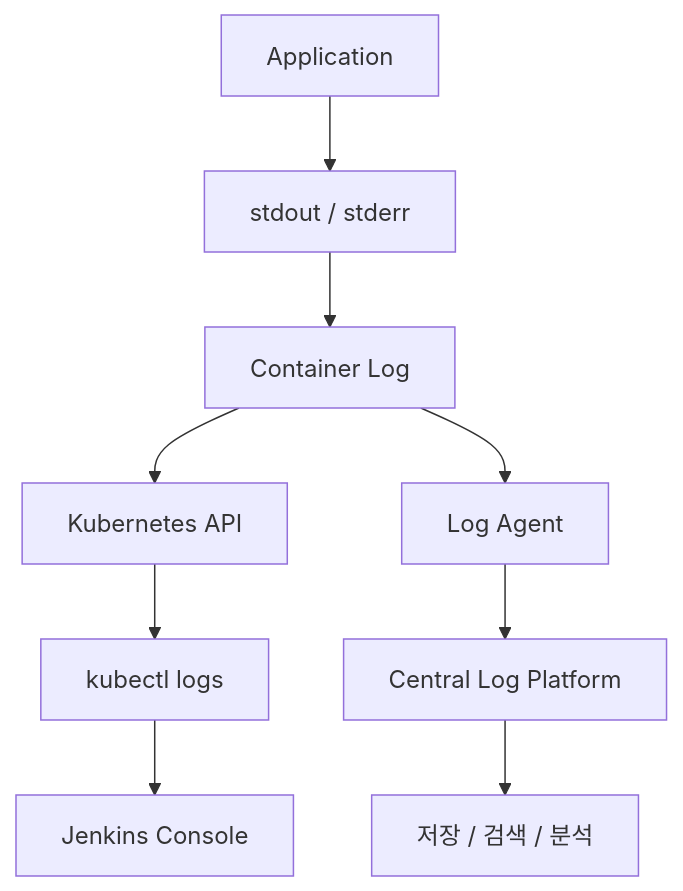
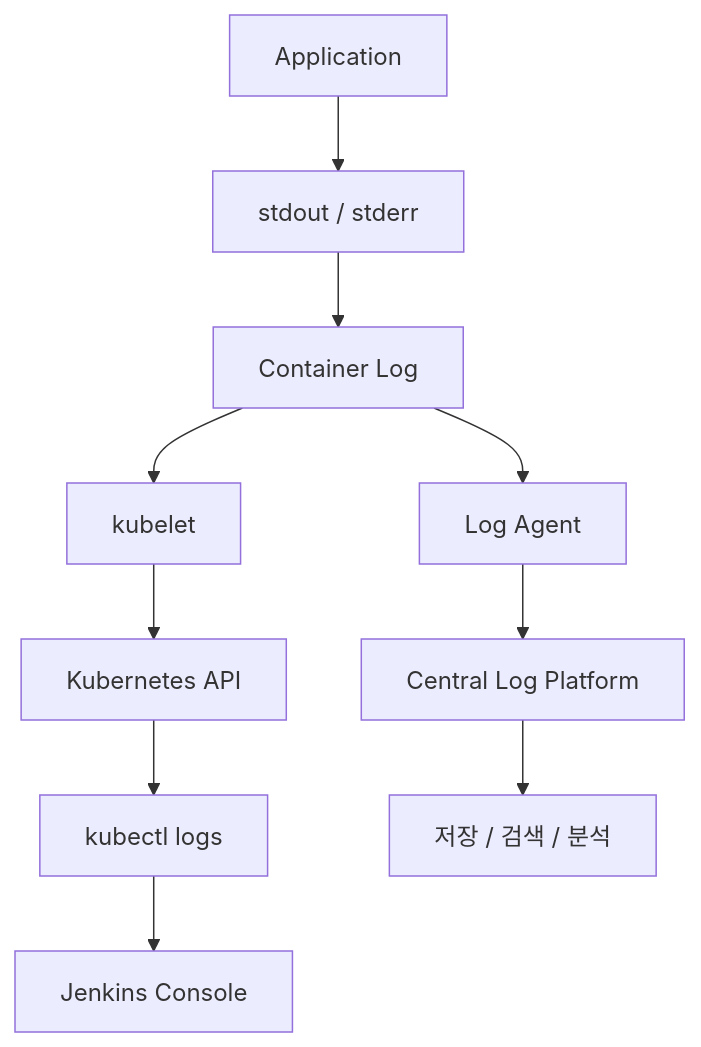
One commit to jw3418/jw3418.github.io changed diagram 19 of 19 in _posts/2026-08-16-kubernetes-application-logs.md. Above: the diagram before and after it, drawn with Mermaid. The commit also changed other lines of this file, not shown here.

First line of the commit message:
Revise Kubernetes application logs explanation

````diff
--- a/_posts/2026-08-16-kubernetes-application-logs.md
+++ b/_posts/2026-08-16-kubernetes-application-logs.md
@@ -640,17 +494,14 @@
 ```mermaid
 flowchart TB
-    APP["Application"]
-    STD["stdout / stderr"]
-    LOG["Container Log"]
+    APP["Application"] --> STD["stdout / stderr"]
+    STD --> LOG["Container Log"]
 
-    APP --> STD
-    STD --> LOG
-
-    LOG --> K8S["Kubernetes API"]
-    K8S --> KUBECTL["kubectl logs"]
+    LOG --> KUBELET["kubelet"]
+    KUBELET --> API["Kubernetes API"]
+    API --> KUBECTL["kubectl logs"]
     KUBECTL --> J["Jenkins Console"]
 
     LOG --> AGENT["Log Agent"]
     AGENT --> CENTRAL["Central Log Platform"]
     CENTRAL --> SEARCH["저장 / 검색 / 분석"]
 ```
````
